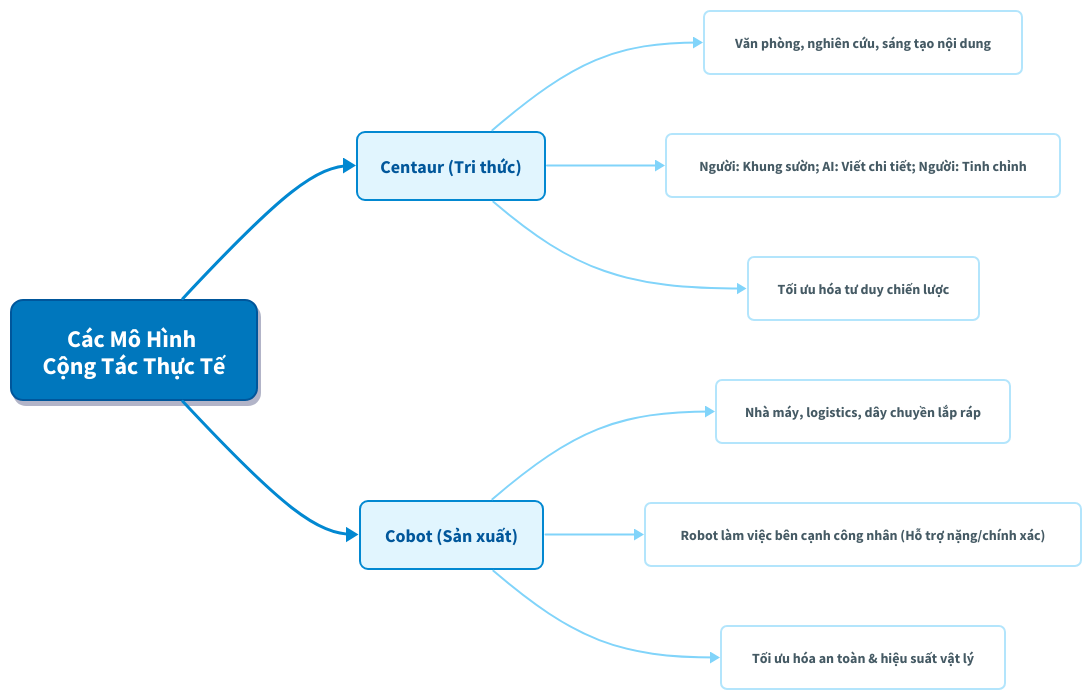
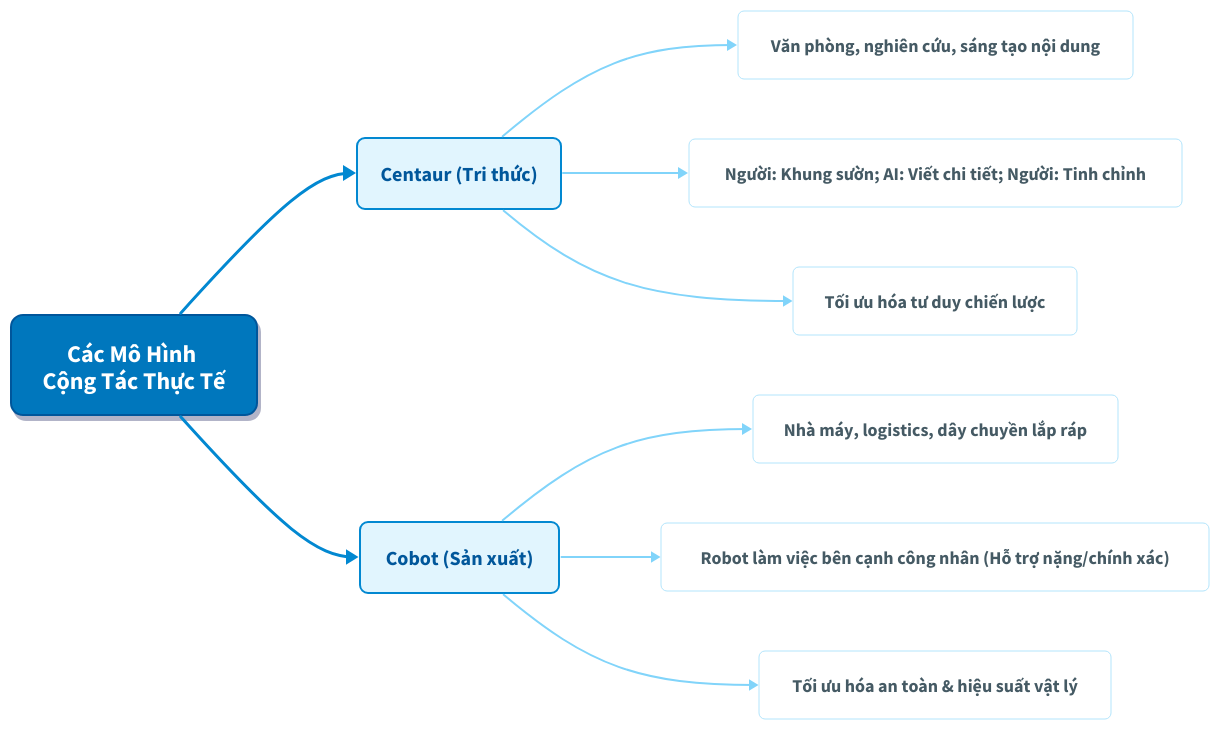
The diagram in content/diagrams/cacmohinhcongtac.d2 (sam-uit/typst-report-template), drawn with D2 before and after one commit.

```diff
--- a/content/diagrams/cacmohinhcongtac.d2
+++ b/content/diagrams/cacmohinhcongtac.d2
@@ -1,86 +1,86 @@
 direction: right
 
 # --- 0. STYLES ---
 style: {
   opacity: 0.0
-  # fill: "#dcdcdc"
+  fill: transparent
   # stroke: "orange"
   # stroke-width: 5
 }
 
 # ------------------------------
 # STYLING CLASSES (Humanist & Clean Blue/White)
 # ------------------------------
 classes: {
   root_node: {
     style: {
       fill: "#0277bd"
       stroke: "#01579b"
       font-color: "#ffffff"
       stroke-width: 2
       border-radius: 12
       shadow: true
       font-size: 24
     }
   }
 
   category_node: {
     style: {
       fill: "#e1f5fe"
       stroke: "#0288d1"
       font-color: "#01579b"
       stroke-width: 2
       border-radius: 8
-      font-size: 18
+      font-size: 20
     }
   }
 
   leaf_node: {
     style: {
       fill: "#ffffff"
       stroke: "#b3e5fc"
       font-color: "#455a64"
-      #   stroke-width: 1
+      stroke-width: 1
       border-radius: 6
-      font-size: 14
+      font-size: 18
       stroke-dash: 0
     }
   }
 }
 
 # ------------------------------
 # NODES & CONTENT
 # ------------------------------
 
 # Root
 Root: Các Mô Hình \n Cộng Tác Thực Tế {class: root_node}
 
 # Branch 1: Centaur
 Centaur: Centaur (Tri thức) {class: category_node}
 
 C_Env: "Văn phòng, nghiên cứu, sáng tạo nội dung" {class: leaf_node}
 C_Collab: "Người: Khung sườn; AI: Viết chi tiết; Người: Tinh chỉnh" {class: leaf_node}
 C_Value: "Tối ưu hóa tư duy chiến lược" {class: leaf_node}
 
 # Branch 2: Cobot
 Cobot: Cobot (Sản xuất) {class: category_node}
 
 Co_Env: "Nhà máy, logistics, dây chuyền lắp ráp" {class: leaf_node}
 Co_Collab: "Robot làm việc bên cạnh công nhân (Hỗ trợ nặng/chính xác)" {class: leaf_node}
 Co_Value: "Tối ưu hóa an toàn & hiệu suất vật lý" {class: leaf_node}
 
 # ------------------------------
 # CONNECTIONS (Curved for Mindmap feel)
 # ------------------------------
 Root -> Centaur: {style: {stroke: "#0288d1"; stroke-width: 3}}
 Root -> Cobot: {style: {stroke: "#0288d1"; stroke-width: 3}}
 
 # Connections for Centaur
 Centaur -> C_Env: {style: {stroke: "#81d4fa"; stroke-width: 2}}
 Centaur -> C_Collab: {style: {stroke: "#81d4fa"; stroke-width: 2}}
 Centaur -> C_Value: {style: {stroke: "#81d4fa"; stroke-width: 2}}
 
 # Connections for Cobot
 Cobot -> Co_Env: {style: {stroke: "#81d4fa"; stroke-width: 2}}
 Cobot -> Co_Collab: {style: {stroke: "#81d4fa"; stroke-width: 2}}
 Cobot -> Co_Value: {style: {stroke: "#81d4fa"; stroke-width: 2}}
```
